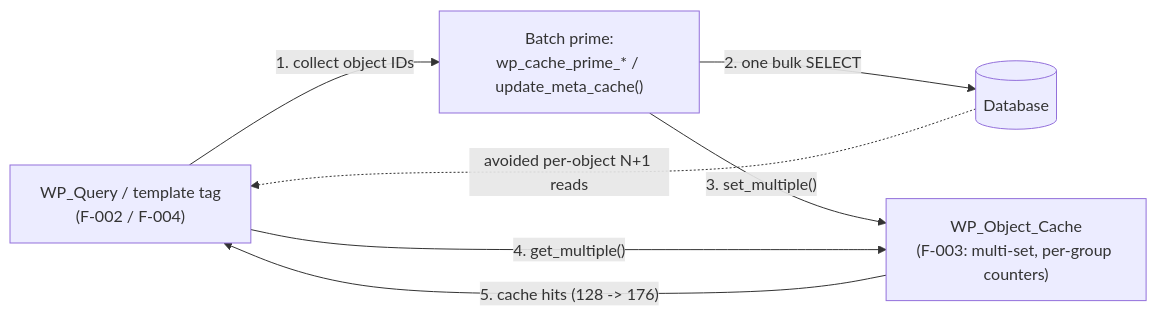
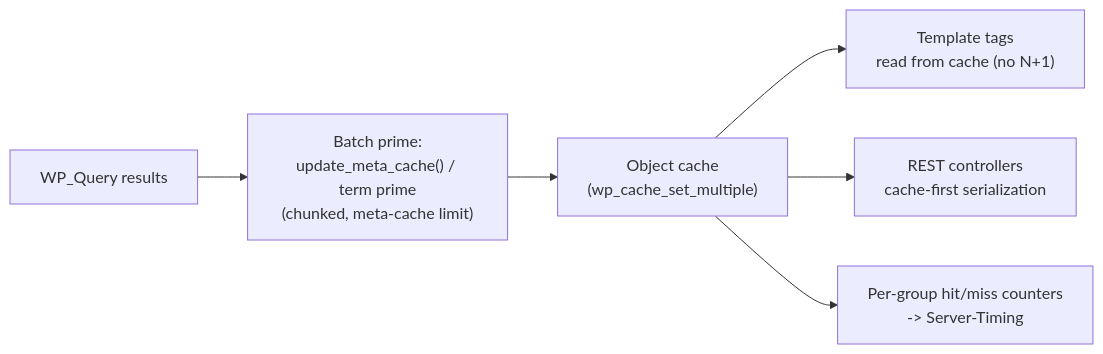
Before and after one commit to Blitzy-Sandbox/blitzy-wordpress: the third of 3 diagrams in benchmarks/results/decision-log-and-traceability.md, drawn with Mermaid. The commit also changed other lines of this file and 18 other files, not shown here.

````diff
--- a/benchmarks/results/decision-log-and-traceability.md
+++ b/benchmarks/results/decision-log-and-traceability.md
@@ -248,11 +269,9 @@
 ```mermaid
 graph LR
-    %% Diagram: Cache-to-Query Priming Flow (component interaction)
-    %% Legend: solid arrows = call direction; the single bulk prime replaces N per-object queries.
-    Q["WP_Query / template tag<br/>(F-002 / F-004)"] -->|"1. collect object IDs"| P["Batch prime:<br/>wp_cache_prime_* / update_meta_cache()"]
-    P -->|"2. one bulk SELECT"| DB[("Database")]
-    P -->|"3. set_multiple()"| C["WP_Object_Cache<br/>(F-003: multi-set, per-group counters)"]
-    Q -->|"4. get_multiple()"| C
-    C -->|"5. cache hits (128 -> 176)"| Q
-    DB -.->|"avoided per-object N+1 reads"| Q
+    Q["WP_Query results"] --> P["Batch prime:<br/>update_meta_cache() / term prime<br/>(chunked, meta-cache limit)"]
+    P --> C["Object cache<br/>(wp_cache_set_multiple)"]
+    C --> R1["Template tags<br/>read from cache (no N+1)"]
+    C --> R2["REST controllers<br/>cache-first serialization"]
+    C --> CNT["Per-group hit/miss counters<br/>-> Server-Timing"]
+    %% Legend: one bulk prime feeds every downstream reader; arrows = data flow, not call order
 ```
````
